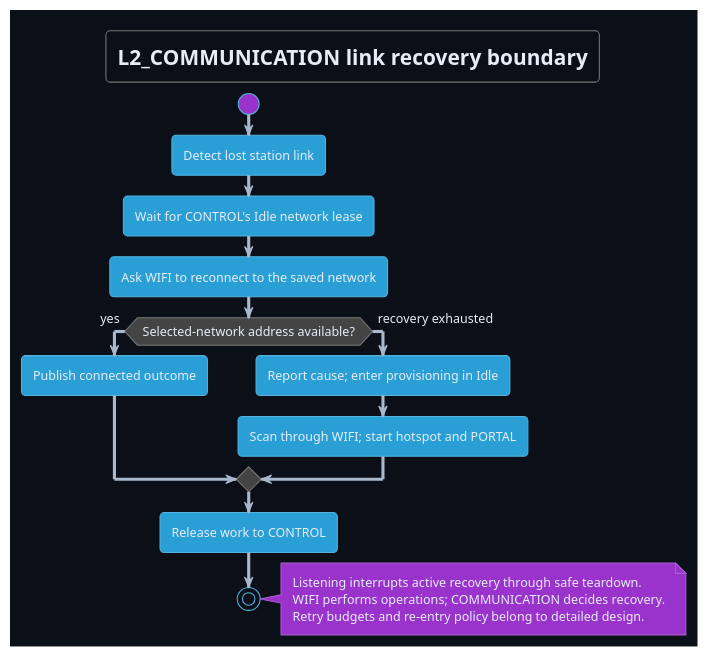
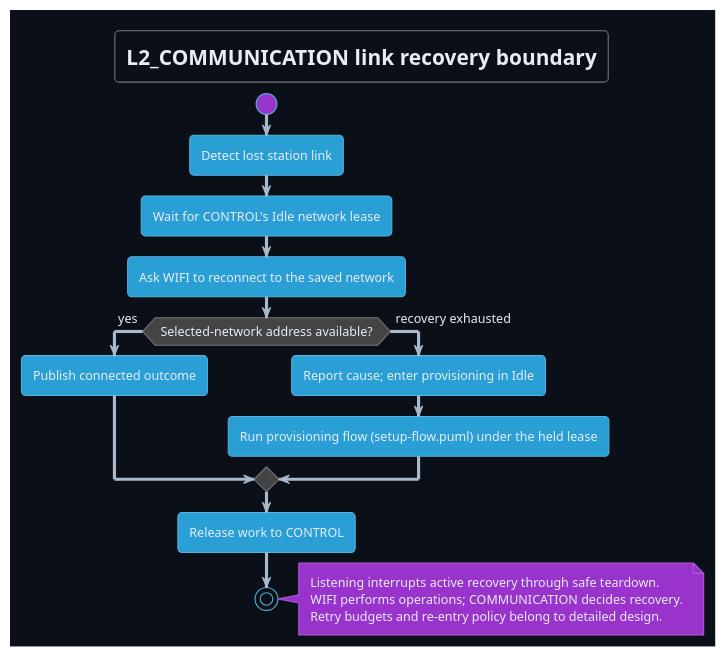
One commit to DemonicPsychoII/DigitalStethoscope changed the diagram in Development/system/architecture/COMMUNICATION/link-recovery.puml. Above: the diagram before and after it, drawn with PlantUML. The commit also changed 5 other files, not shown here.

First line of the commit message:
docs: loop failed portal connects and hold lease through recovery provisioning

```diff
--- a/Development/system/architecture/COMMUNICATION/link-recovery.puml
+++ b/Development/system/architecture/COMMUNICATION/link-recovery.puml
@@ -1,26 +1,26 @@
 @startuml link_recovery
 !theme cyborg
 skinparam shadowing false
 skinparam defaultFontName SansSerif
 skinparam backgroundColor #0b1018
 skinparam defaultFontColor #e6edf7
 skinparam ArrowColor #a9b8ca
 title L2_COMMUNICATION link recovery boundary
 start
 :Detect lost station link;
 :Wait for CONTROL's Idle network lease;
 :Ask WIFI to reconnect to the saved network;
 if (Selected-network address available?) then (yes)
  :Publish connected outcome;
 else (recovery exhausted)
  :Report cause; enter provisioning in Idle;
- :Scan through WIFI; start hotspot and PORTAL;
+ :Run provisioning flow (setup-flow.puml) under the held lease;
 endif
 :Release work to CONTROL;
 stop
 note right
  Listening interrupts active recovery through safe teardown.
  WIFI performs operations; COMMUNICATION decides recovery.
  Retry budgets and re-entry policy belong to detailed design.
 end note
 @enduml
```
